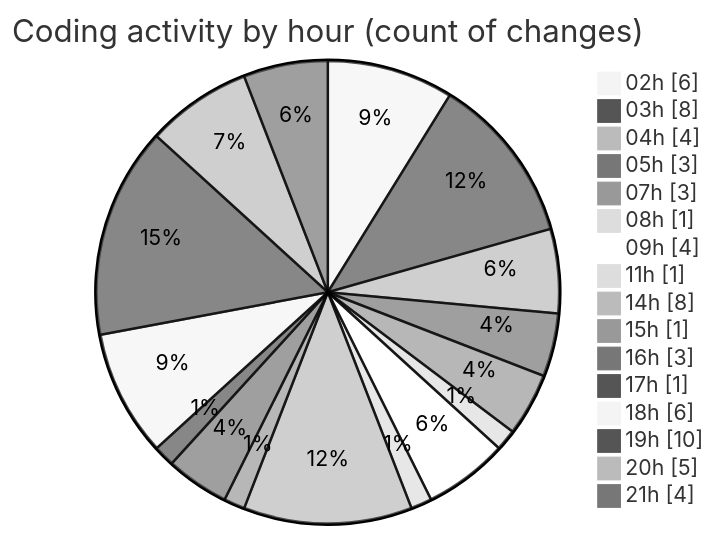
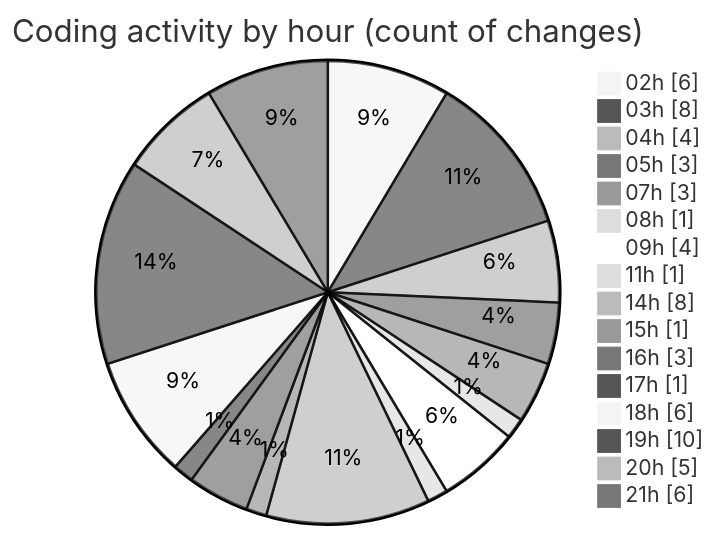
Before and after one commit to FelipKnott/code-tracking: the second of 2 diagrams in 2025-07-03/cursor/README.md, drawn with Mermaid (neutral theme). The commit also changed other lines of this file and 1 other file, not shown here.

````diff
--- a/2025-07-03/cursor/README.md
+++ b/2025-07-03/cursor/README.md
@@ -47,20 +48,20 @@
 ```mermaid
 pie showData
 title Coding activity by hour (count of changes)
 "02h" : 6
 "03h" : 8
 "04h" : 4
 "05h" : 3
 "07h" : 3
 "08h" : 1
 "09h" : 4
 "11h" : 1
 "14h" : 8
 "15h" : 1
 "16h" : 3
 "17h" : 1
 "18h" : 6
 "19h" : 10
 "20h" : 5
-"21h" : 4
+"21h" : 6
 ```
````
